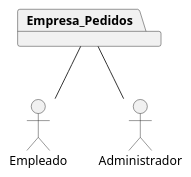
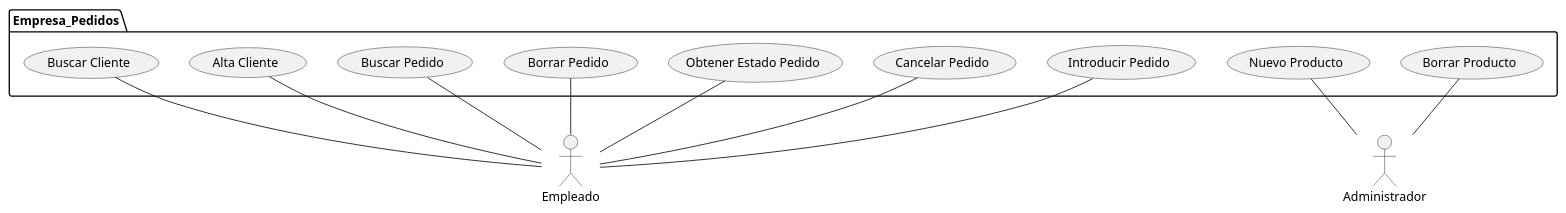
One commit to Ivandorum/CasosUML2 changed the diagram in Ejemplo de diagramas.puml. Above: the diagram before and after it, drawn with PlantUML.

Commit message:
Añadido los principales casos de uso

```diff
--- a/Ejemplo de diagramas.puml
+++ b/Ejemplo de diagramas.puml
@@ -1,10 +1,16 @@
 @startuml
 
 :Empleado:
 :Administrador:
 package Empresa_Pedidos {
-
+    (Introducir Pedido) -- Empleado
+    (Cancelar Pedido) -- Empleado
+    (Obtener Estado Pedido) -- Empleado
+    (Borrar Pedido) -- Empleado
+    (Buscar Pedido) -- Empleado
+    (Alta Cliente) -- Empleado
+    (Buscar Cliente) -- Empleado
+    (Nuevo Producto) -- Administrador
+    (Borrar Producto) -- Administrador
 }
-Empresa_Pedidos -- Empleado
-Empresa_Pedidos -- Administrador
 @enduml
```
